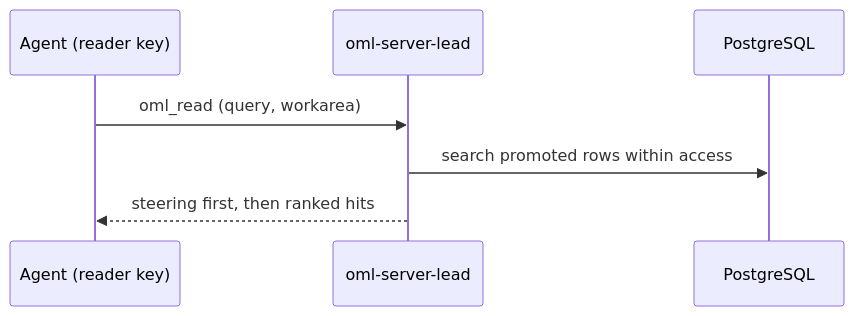
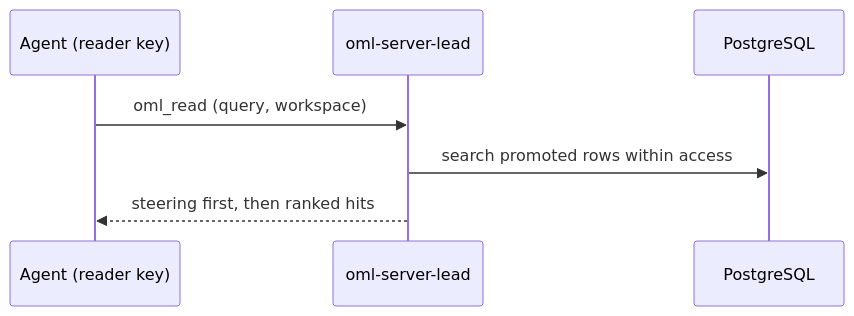
Before and after one commit to e8kor/open-memory-lab: the fourth of 5 diagrams in docs/architecture/overview.md, drawn with Mermaid. The commit also changed other lines of this file and 178 other files, not shown here.

````diff
--- a/docs/architecture/overview.md
+++ b/docs/architecture/overview.md
@@ -102,9 +102,9 @@
 ```mermaid
 sequenceDiagram
     participant A as Agent (reader key)
     participant S as oml-server-lead
     participant P as PostgreSQL
-    A->>S: oml_read (query, workarea)
+    A->>S: oml_read (query, workspace)
     S->>P: search promoted rows within access
     S-->>A: steering first, then ranked hits
 ```
````
